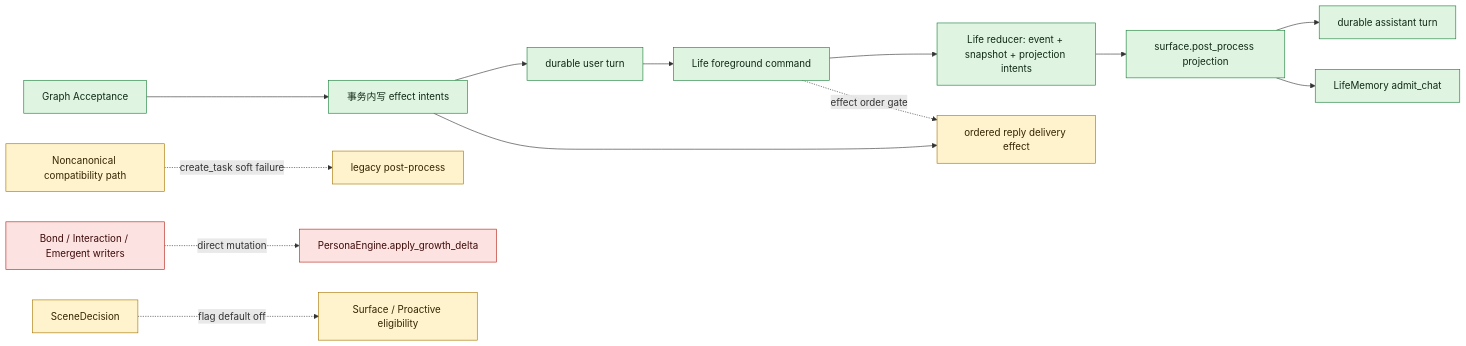
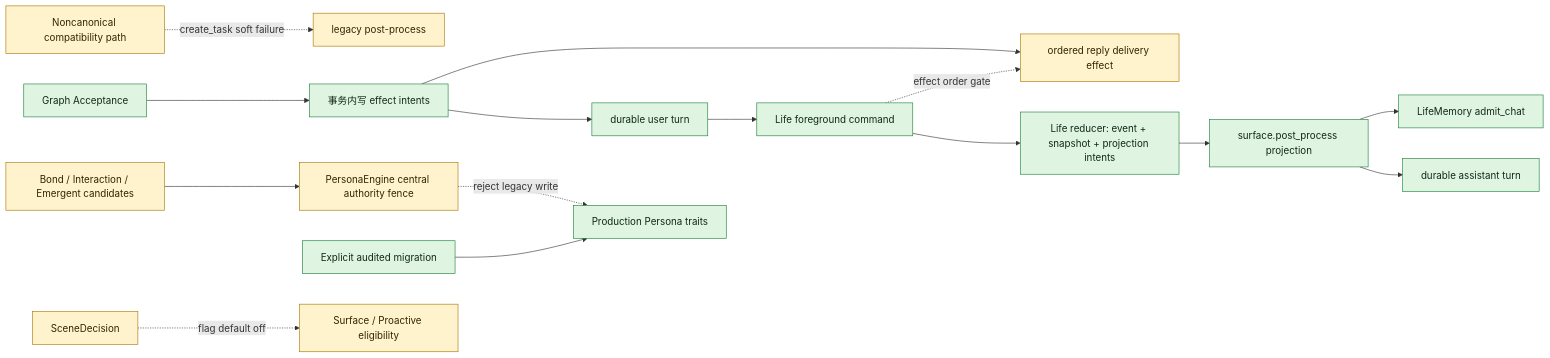
The second of 3 diagrams in docs/50_project/arch/DATA_FLOW_ARCHITECTURE.md (SakuraYoruno/Natsume_Ai), drawn with Mermaid before and after one commit. The commit also changed other lines of this file and 22 other files, not shown here.

````diff
--- a/docs/50_project/arch/DATA_FLOW_ARCHITECTURE.md
+++ b/docs/50_project/arch/DATA_FLOW_ARCHITECTURE.md
@@ -251,23 +251,26 @@
 ```mermaid
 flowchart LR
     Accept["Graph Acceptance"] --> Intents["事务内写 effect intents"]
     Intents --> UserTurn["durable user turn"]
     UserTurn --> LifeCmd["Life foreground command"]
     LifeCmd --> Reducer["Life reducer: event + snapshot + projection intents"]
     Reducer --> Projection["surface.post_process projection"]
     Projection --> Assistant["durable assistant turn"]
     Projection --> Memory["LifeMemory admit_chat"]
     Intents --> Delivery["ordered reply delivery effect"]
     LifeCmd -. effect order gate .-> Delivery
 
     Legacy["Noncanonical compatibility path"] -. create_task soft failure .-> LegacyPost["legacy post-process"]
-    DirectPersona["Bond / Interaction / Emergent writers"] -. direct mutation .-> Persona["PersonaEngine.apply_growth_delta"]
+    PersonaCandidate["Bond / Interaction / Emergent candidates"] --> PersonaFence["PersonaEngine central authority fence"]
+    PersonaFence -. reject legacy write .-> Persona["Production Persona traits"]
+    PersonaMigration["Explicit audited migration"] --> Persona
     Scene["SceneDecision"] -. flag default off .-> Surface["Surface / Proactive eligibility"]
 
     classDef wired fill:#dff5e1,stroke:#1b7f3a,color:#102a17;
     classDef partial fill:#fff3cd,stroke:#a87500,color:#332400;
     classDef unsafe fill:#fde2e2,stroke:#b42318,color:#3d0b08;
     class Accept,Intents,UserTurn,LifeCmd,Reducer,Projection,Assistant,Memory wired;
     class Delivery,Legacy,LegacyPost,Scene,Surface partial;
-    class DirectPersona,Persona unsafe;
+    class PersonaCandidate,PersonaFence partial;
+    class PersonaMigration,Persona wired;
 ```
````
